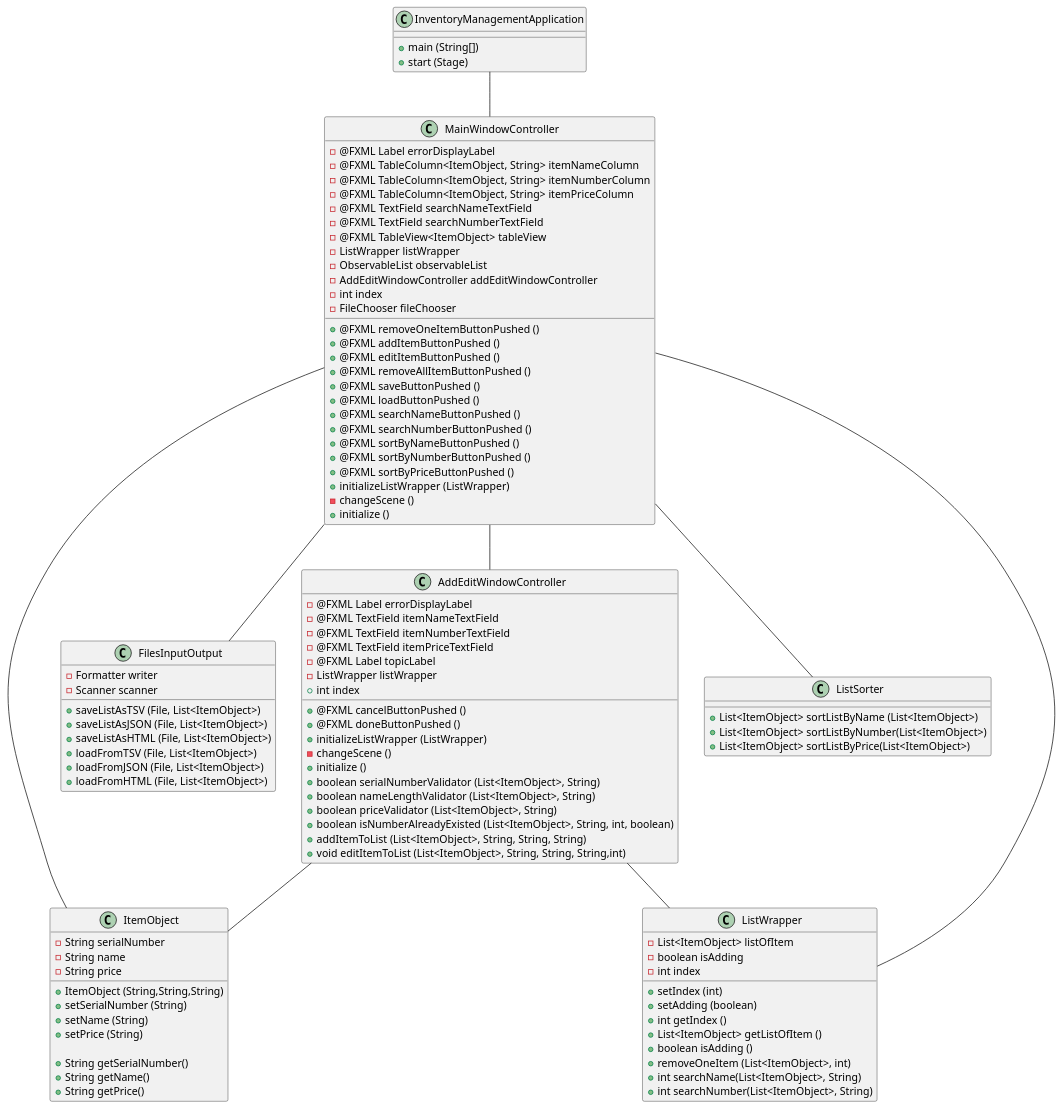
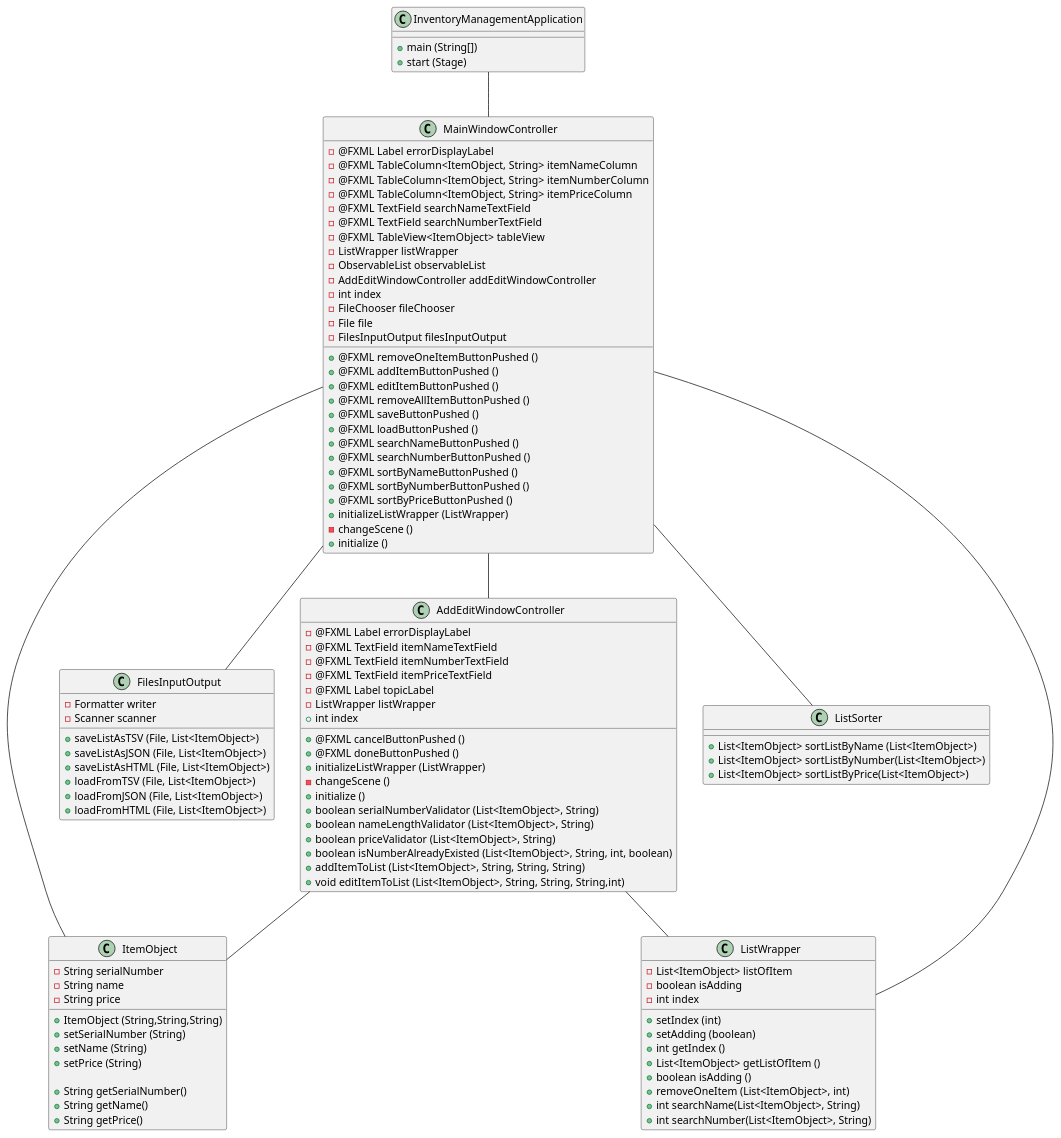
The diagram in pongpat-app2/docs/ClassDiagram.puml (PraweenPongpat/pongpat-app2), drawn with PlantUML before and after one commit. The commit also changed 3 other files, not shown here.

```diff
--- a/pongpat-app2/docs/ClassDiagram.puml
+++ b/pongpat-app2/docs/ClassDiagram.puml
@@ -1,116 +1,118 @@
 @startuml
 class InventoryManagementApplication {
     + main (String[])
     + start (Stage)
 }
 
 class MainWindowController {
     - @FXML Label errorDisplayLabel
     - @FXML TableColumn<ItemObject, String> itemNameColumn
     - @FXML TableColumn<ItemObject, String> itemNumberColumn
     - @FXML TableColumn<ItemObject, String> itemPriceColumn
     - @FXML TextField searchNameTextField
     - @FXML TextField searchNumberTextField
     - @FXML TableView<ItemObject> tableView
     - ListWrapper listWrapper
     - ObservableList observableList
     - AddEditWindowController addEditWindowController
     - int index
     - FileChooser fileChooser
+    - File file
+    - FilesInputOutput filesInputOutput
 
     + @FXML removeOneItemButtonPushed ()
     + @FXML addItemButtonPushed ()
     + @FXML editItemButtonPushed ()
     + @FXML removeAllItemButtonPushed ()
     + @FXML saveButtonPushed ()
     + @FXML loadButtonPushed ()
     + @FXML searchNameButtonPushed ()
     + @FXML searchNumberButtonPushed ()
     + @FXML sortByNameButtonPushed ()
     + @FXML sortByNumberButtonPushed ()
     + @FXML sortByPriceButtonPushed ()
     + initializeListWrapper (ListWrapper)
     - changeScene ()
     + initialize ()
 }
 
 class AddEditWindowController {
     - @FXML Label errorDisplayLabel
     - @FXML TextField itemNameTextField
     - @FXML TextField itemNumberTextField
     - @FXML TextField itemPriceTextField
     - @FXML Label topicLabel
     - ListWrapper listWrapper
     + int index
 
     + @FXML cancelButtonPushed ()
     + @FXML doneButtonPushed ()
     + initializeListWrapper (ListWrapper)
     - changeScene ()
     + initialize ()
     + boolean serialNumberValidator (List<ItemObject>, String)
     + boolean nameLengthValidator (List<ItemObject>, String)
     + boolean priceValidator (List<ItemObject>, String)
     + boolean isNumberAlreadyExisted (List<ItemObject>, String, int, boolean)
     + addItemToList (List<ItemObject>, String, String, String)
     + void editItemToList (List<ItemObject>, String, String, String,int)
 }
 
 class FilesInputOutput {
     - Formatter writer
     - Scanner scanner
 
     + saveListAsTSV (File, List<ItemObject>)
     + saveListAsJSON (File, List<ItemObject>)
     + saveListAsHTML (File, List<ItemObject>)
     + loadFromTSV (File, List<ItemObject>)
     + loadFromJSON (File, List<ItemObject>)
     + loadFromHTML (File, List<ItemObject>)
 }
 
 class ItemObject {
     - String serialNumber
     - String name
     - String price
 
     + ItemObject (String,String,String)
     + setSerialNumber (String)
     + setName (String)
     + setPrice (String)
 
     + String getSerialNumber()
     + String getName()
     + String getPrice()
 }
 
 class ListSorter {
     + List<ItemObject> sortListByName (List<ItemObject>)
     + List<ItemObject> sortListByNumber(List<ItemObject>)
     + List<ItemObject> sortListByPrice(List<ItemObject>)
 }
 
 class ListWrapper {
     - List<ItemObject> listOfItem
     - boolean isAdding
     - int index
 
     + setIndex (int)
     + setAdding (boolean)
     + int getIndex ()
     + List<ItemObject> getListOfItem ()
     + boolean isAdding ()
     + removeOneItem (List<ItemObject>, int)
     + int searchName(List<ItemObject>, String)
     + int searchNumber(List<ItemObject>, String)
 }
 
 InventoryManagementApplication -- MainWindowController
 MainWindowController -- AddEditWindowController
 MainWindowController -- ListWrapper
 MainWindowController -- ItemObject
 MainWindowController -- ListSorter
 MainWindowController -- FilesInputOutput
 AddEditWindowController -- ListWrapper
 AddEditWindowController -- ItemObject
 
 @enduml
```
